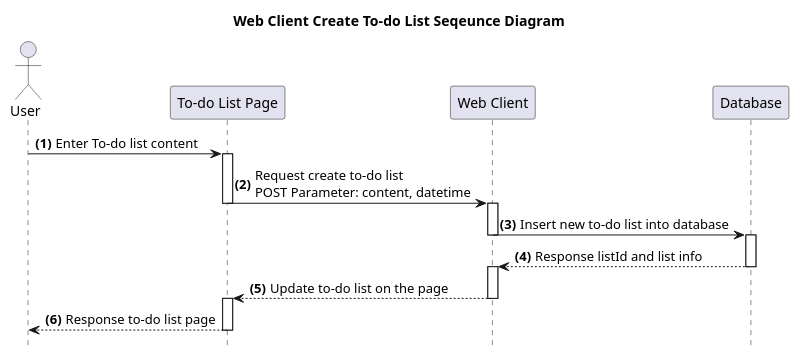
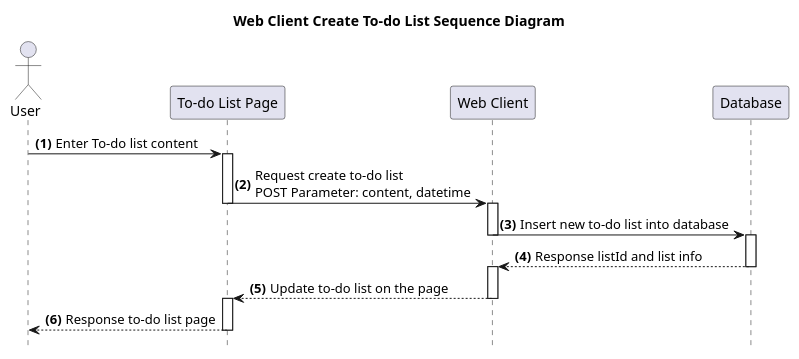
Before and after one commit to Kritsanawipankhet/CE64-41: the diagram in documents/diagrams/src/web-client/To-do-ListCreate.wsd, drawn with PlantUML. The commit also changed 12 other files, not shown here.

Commit message:
edit title diagram

```diff
--- a/documents/diagrams/src/web-client/To-do-ListCreate.wsd
+++ b/documents/diagrams/src/web-client/To-do-ListCreate.wsd
@@ -1,12 +1,12 @@
 @startuml Web Client Create To-do List
-title **Web Client Create To-do List** Seqeunce Diagram
+title **Web Client Create To-do List** Sequence Diagram
 hide footbox
 Actor User
 autonumber "<b>(0)"
 User -> "To-do List Page" ++: Enter To-do list content
 "To-do List Page" -> "Web Client" --++: Request create to-do list\nPOST Parameter: content, datetime
 "Web Client" -> "Database" --++: Insert new to-do list into database
 "Database" --> "Web Client" --++: Response listId and list info
 "Web Client" --> "To-do List Page" --++: Update to-do list on the page
 "To-do List Page" --> "User" --: Response to-do list page
 @enduml
```
